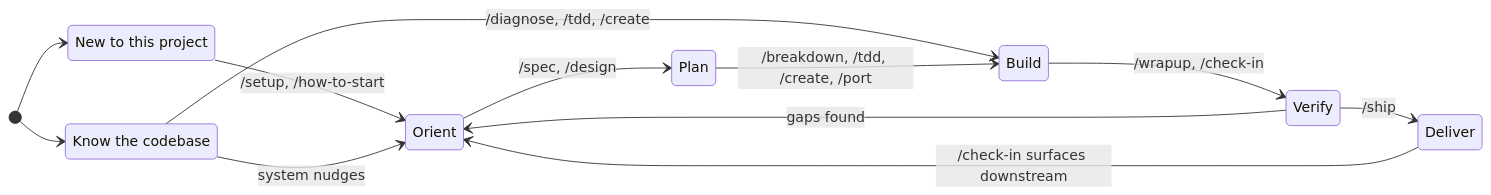
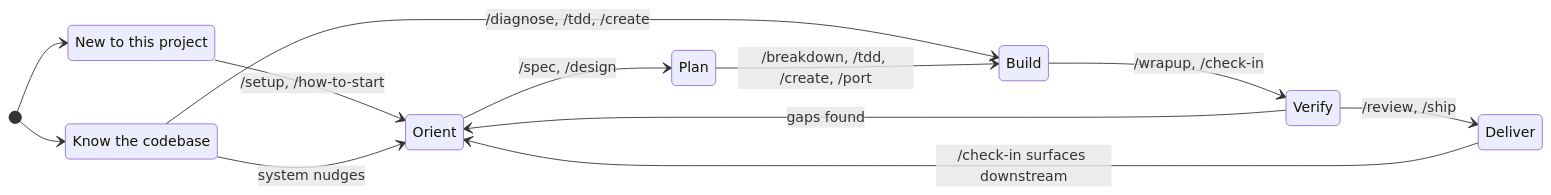
The first of 2 diagrams in README.md (Max-Zhuuu/waypoint-skills), drawn with Mermaid before and after one commit. The commit also changed other lines of this file, not shown here.

````diff
--- a/README.md
+++ b/README.md
@@ -196,28 +197,28 @@
 ```mermaid
 stateDiagram-v2
     direction LR
 
     state "New to this project" as newcomer
     state "Know the codebase" as experienced
 
     state "Orient" as orient
     state "Plan" as plan
     state "Build" as build
     state "Verify" as verify
     state "Deliver" as deliver
 
     [*] --> newcomer
     [*] --> experienced
 
     newcomer --> orient : /setup, /how-to-start
     experienced --> build : /diagnose, /tdd, /create
 
     orient --> plan : /spec, /design
     plan --> build : /breakdown, /tdd, /create, /port
     build --> verify : /wrapup, /check-in
-    verify --> deliver : /ship
+    verify --> deliver : /review, /ship
     deliver --> orient : /check-in surfaces downstream
     verify --> orient : gaps found
 
     experienced --> orient : system nudges
 ```
````
